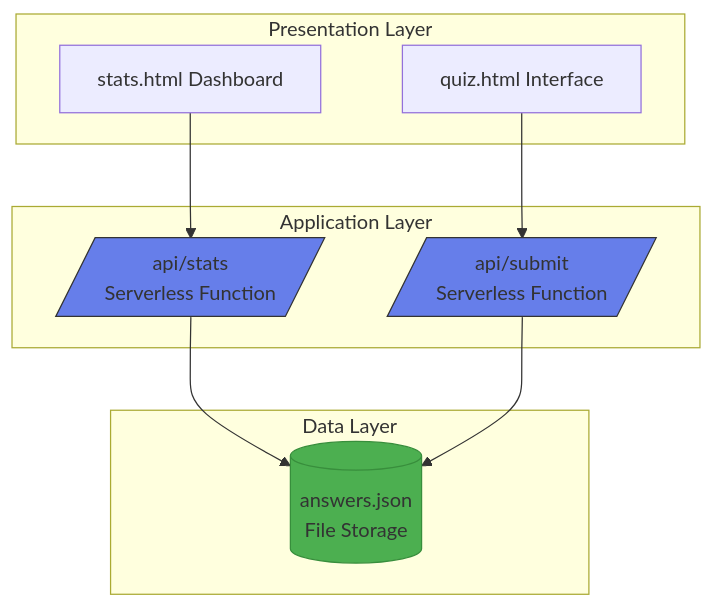
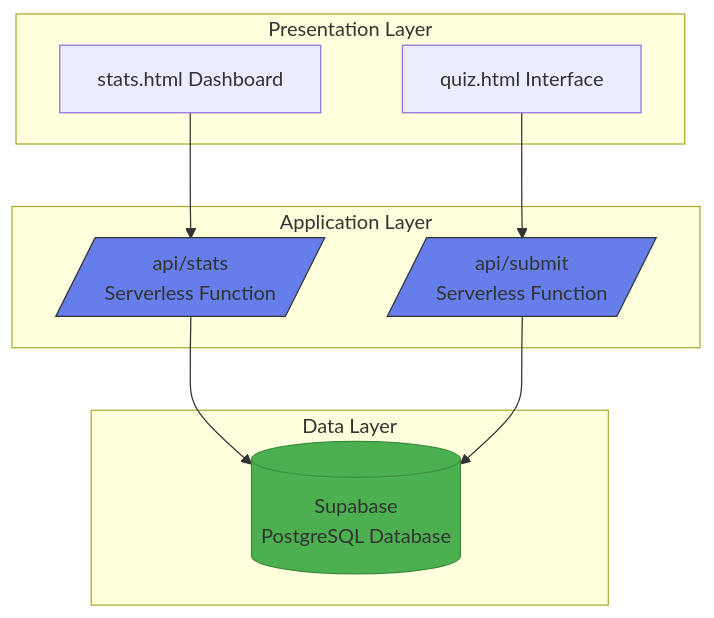
Before and after one commit to lommaks777/alena: the fourth of 4 diagrams in .qoder/repowiki/en/content/Backend Architecture/Statistics API.md, drawn with Mermaid. The commit also changed other lines of this file and 19 other files, not shown here.

````diff
--- a/.qoder/repowiki/en/content/Backend Architecture/Statistics API.md
+++ b/.qoder/repowiki/en/content/Backend Architecture/Statistics API.md
@@ -227,21 +257,21 @@
 ```mermaid
 graph TD
 subgraph "Presentation Layer"
 A[stats.html Dashboard]
 B[quiz.html Interface]
 end
 subgraph "Application Layer"
 C[/api/stats<br>Serverless Function/]
 D[/api/submit<br>Serverless Function/]
 end
 subgraph "Data Layer"
-E[(answers.json<br>File Storage)]
+E[(Supabase<br>PostgreSQL Database)]
 end
 A --> C
 B --> D
 C --> E
 D --> E
 style C fill:#667eea,stroke:#333
 style D fill:#667eea,stroke:#333
 style E fill:#4CAF50,stroke:#388E3C
 ```
````
